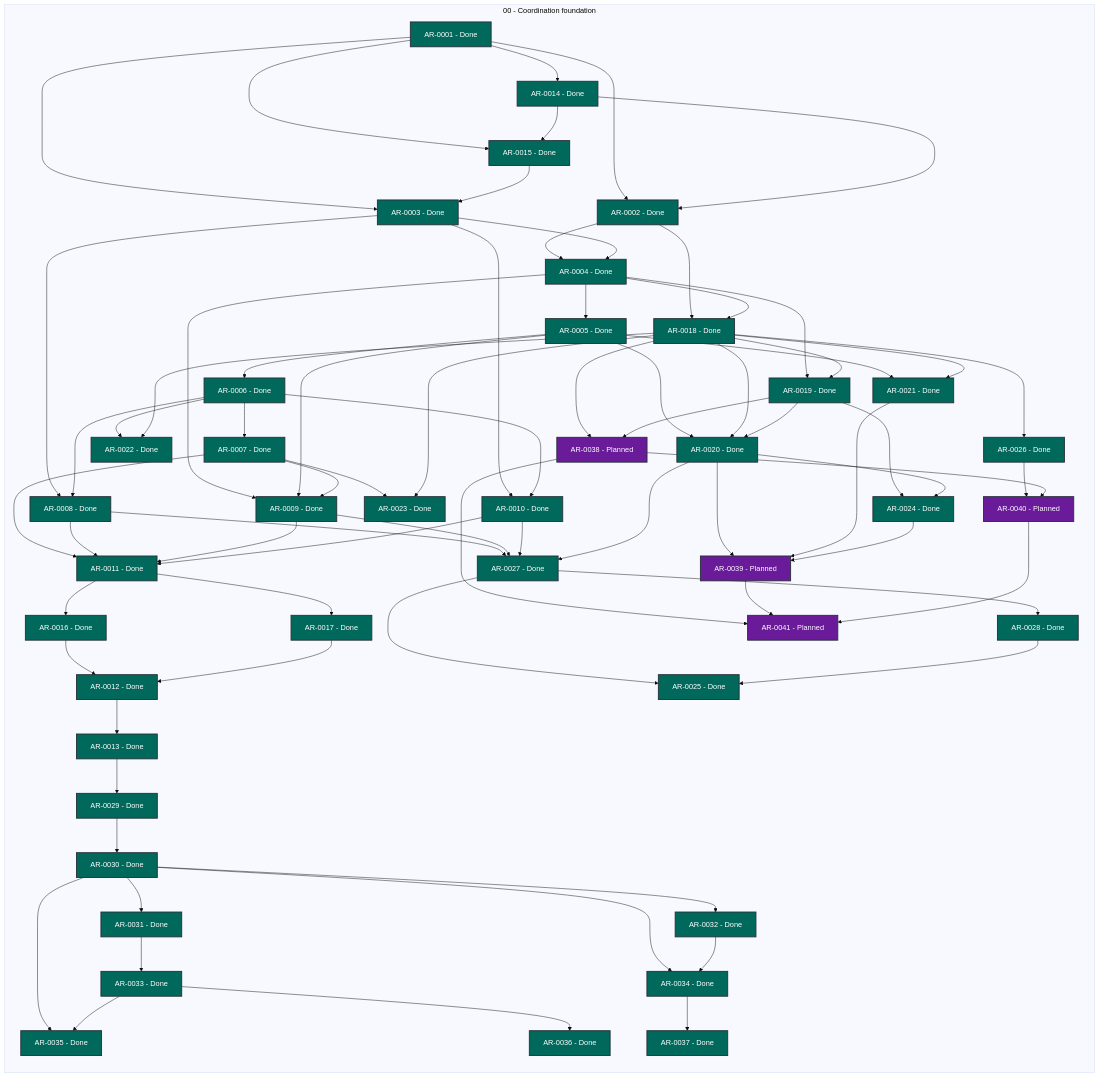
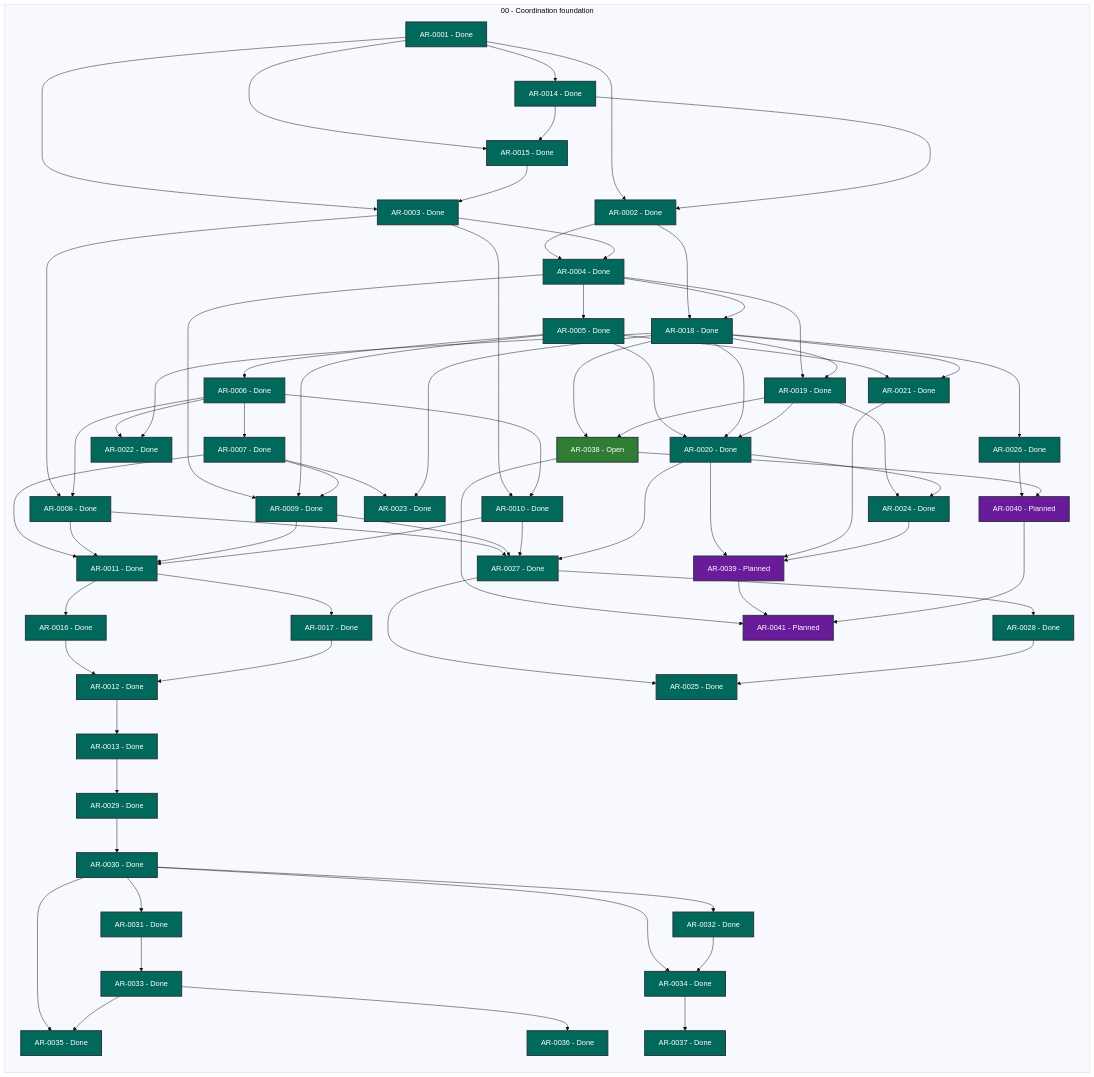
Before and after one commit to martin-beck/agent-workflow-tui-state: the diagram in STATUS.md, drawn with Mermaid (base theme). The commit also changed other lines of this file and 2 other files, not shown here.

```diff
--- a/STATUS.md
+++ b/STATUS.md
@@ -65,7 +65,7 @@
         AR_0035["AR-0035 - Done"]:::status_done
         AR_0036["AR-0036 - Done"]:::status_done
         AR_0037["AR-0037 - Done"]:::status_done
-        AR_0038["AR-0038 - Planned"]:::status_planned
+        AR_0038["AR-0038 - Open"]:::status_open
         AR_0039["AR-0039 - Planned"]:::status_planned
         AR_0040["AR-0040 - Planned"]:::status_planned
         AR_0041["AR-0041 - Planned"]:::status_planned
```
